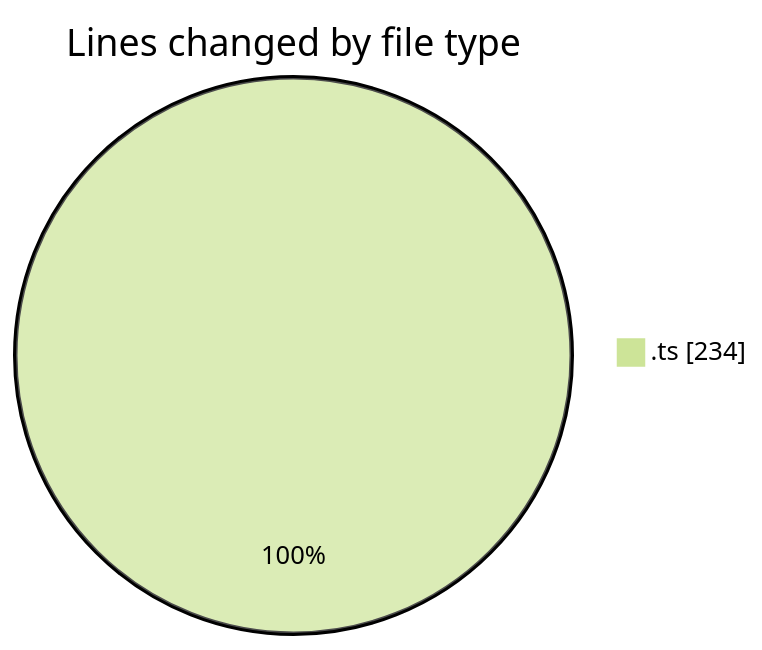
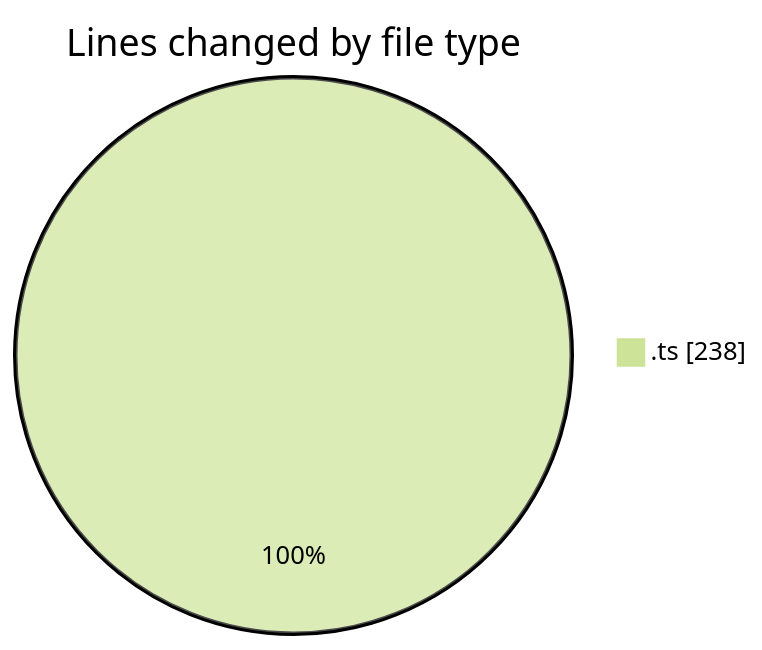
The first of 2 diagrams in 2026-02-09/singularitybrainai/README.md (tmsrecording-cyber/code-tracking), drawn with Mermaid (forest theme) before and after one commit. The commit also changed other lines of this file and 1 other file, not shown here.

````diff
--- a/2026-02-09/singularitybrainai/README.md
+++ b/2026-02-09/singularitybrainai/README.md
@@ -21,5 +21,5 @@
 ```mermaid
 pie showData
 title Lines changed by file type
-".ts" : 234
+".ts" : 238
 ```
````
